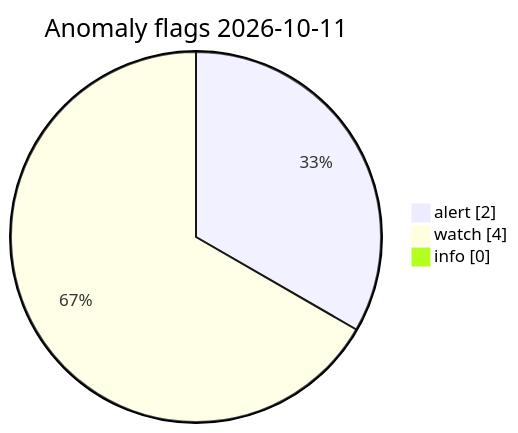
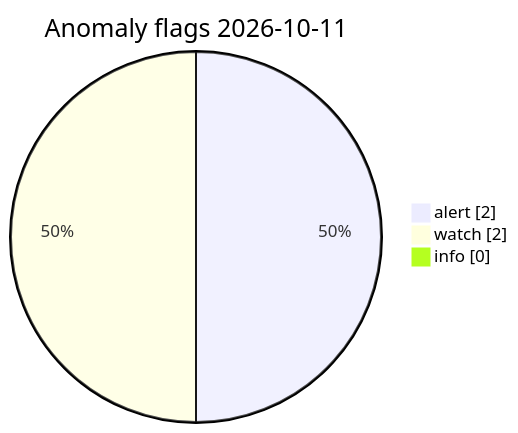
One commit to Midwest-Stratospheric/Unified-Open-Global-Weather changed the diagram in visuals/latest/CHARTS.md. Above: the diagram before and after it, drawn with Mermaid. The commit also changed other lines of this file and 13 other files, not shown here.

Commit message:
data(visuals): automated charts 2026-10-11T15:51Z

````diff
--- a/visuals/latest/CHARTS.md
+++ b/visuals/latest/CHARTS.md
@@ -73,7 +73,7 @@
 ```mermaid
 pie showData
   title Anomaly flags 2026-10-11
   "alert" : 2
-  "watch" : 4
+  "watch" : 2
   "info" : 0
 ```
````
